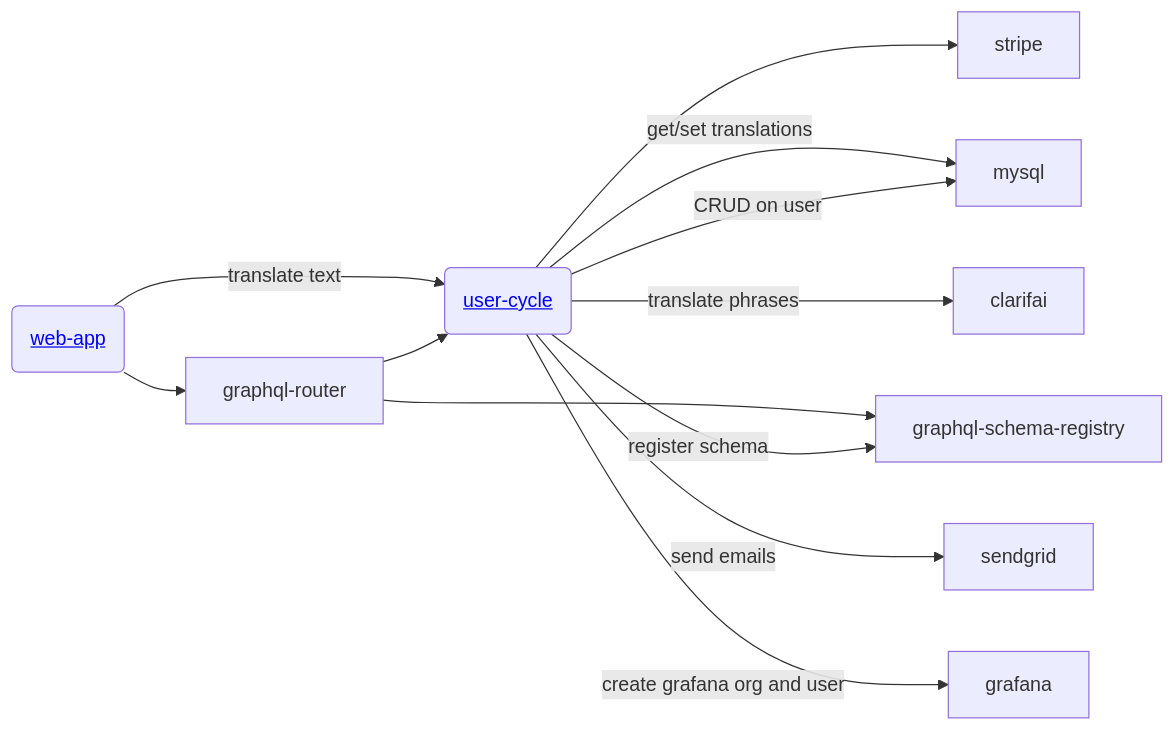
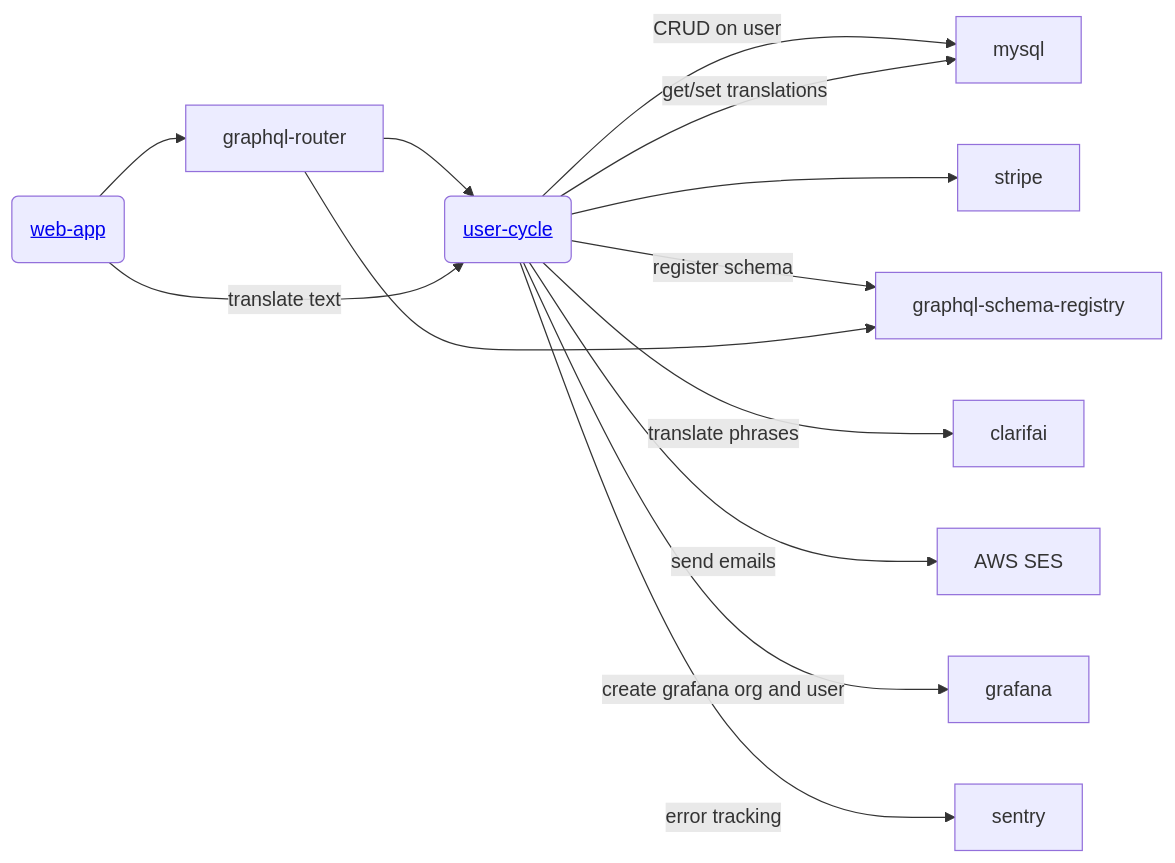
The diagram in README.md (Gratheon/user-cycle), drawn with Mermaid before and after one commit. The commit also changed other lines of this file, not shown here.

````diff
--- a/README.md
+++ b/README.md
@@ -40,15 +215,16 @@
 ```mermaid
 flowchart LR
     web-app("<a href='https://github.com/Gratheon/web-app'>web-app</a>") --> graphql-router
 
     graphql-router --> user-cycle("<a href='https://github.com/Gratheon/user-cycle'>user-cycle</a>") --"CRUD on user"--> mysql
     user-cycle --> stripe
     user-cycle --"register schema"--> graphql-schema-registry
     graphql-router --> graphql-schema-registry
 
     web-app--"translate text" --> user-cycle --"translate phrases"--> clarifai
     user-cycle--"get/set translations"--> mysql
 
-    user-cycle--"send emails"--> sendgrid
+    user-cycle--"send emails"--> aws-ses["AWS SES"]
     user-cycle--"create grafana org and user"--> grafana
+    user-cycle--"error tracking"--> sentry
 ```
````
